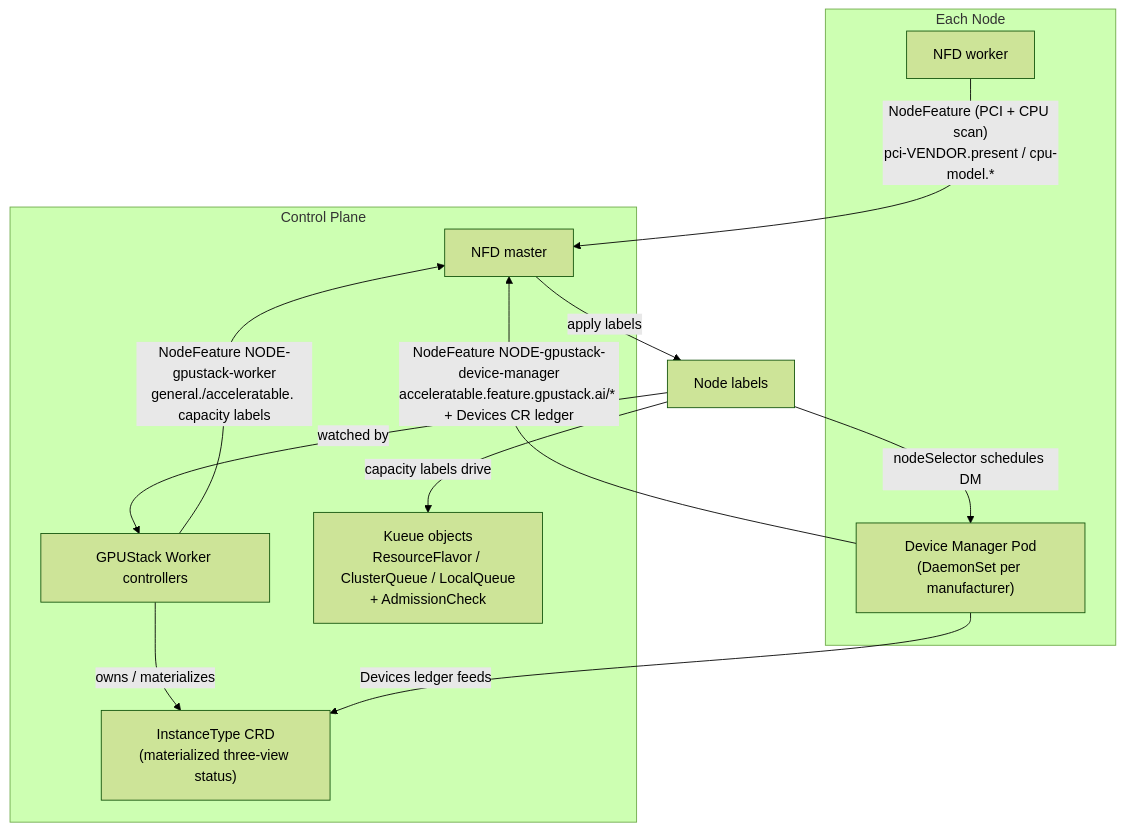
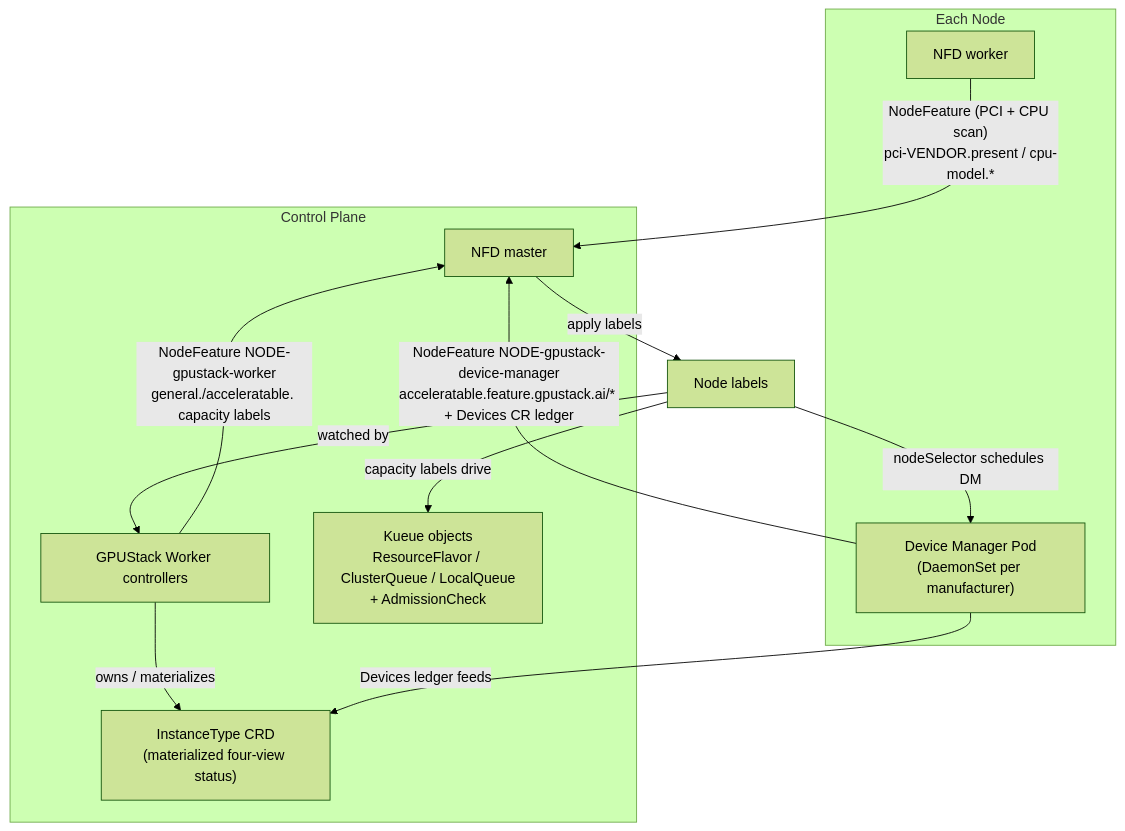
One commit to gpustack/gpustack-operator changed the first of 2 diagrams in docs/architecture.md. Above: the diagram before and after it, drawn with Mermaid (forest theme). The commit also changed other lines of this file and 131 other files, not shown here.

````diff
--- a/docs/architecture.md
+++ b/docs/architecture.md
@@ -57,24 +72,24 @@
 ```mermaid
 flowchart TD
     subgraph node["Each Node"]
         NFDW["NFD worker"]
         DM["Device Manager Pod<br/>(DaemonSet per manufacturer)"]
     end
 
     subgraph control["Control Plane"]
         NFDM["NFD master"]
         WK["GPUStack Worker controllers"]
         KUEUE["Kueue objects<br/>ResourceFlavor / ClusterQueue / LocalQueue<br/>+ AdmissionCheck"]
-        IT["InstanceType CRD<br/>(materialized three-view status)"]
+        IT["InstanceType CRD<br/>(materialized four-view status)"]
     end
 
     NFDW -- "NodeFeature (PCI + CPU scan)<br/>pci-VENDOR.present / cpu-model.*" --> NFDM
     NFDM -- "apply labels" --> NODE["Node labels"]
     NODE -- "nodeSelector schedules DM" --> DM
     DM -- "NodeFeature NODE-gpustack-device-manager<br/>acceleratable.feature.gpustack.ai/* + Devices CR ledger" --> NFDM
     NODE -- "watched by" --> WK
     WK -- "NodeFeature NODE-gpustack-worker<br/>general./acceleratable. capacity labels" --> NFDM
     NODE -- "capacity labels drive" --> KUEUE
     WK -- "owns / materializes" --> IT
     DM -- "Devices ledger feeds" --> IT
 ```
````
